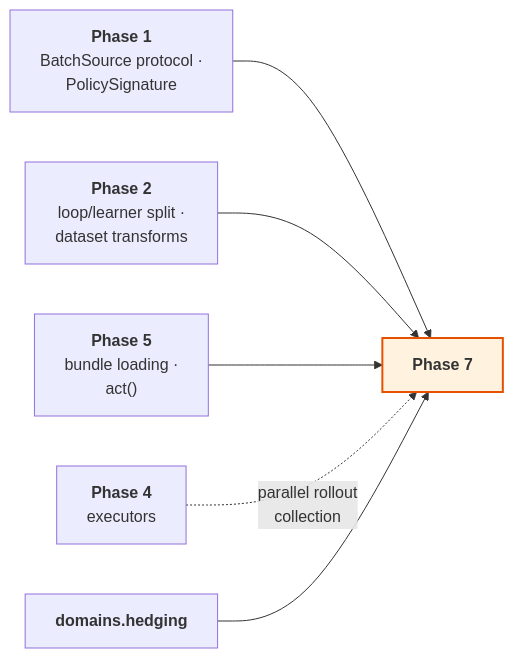
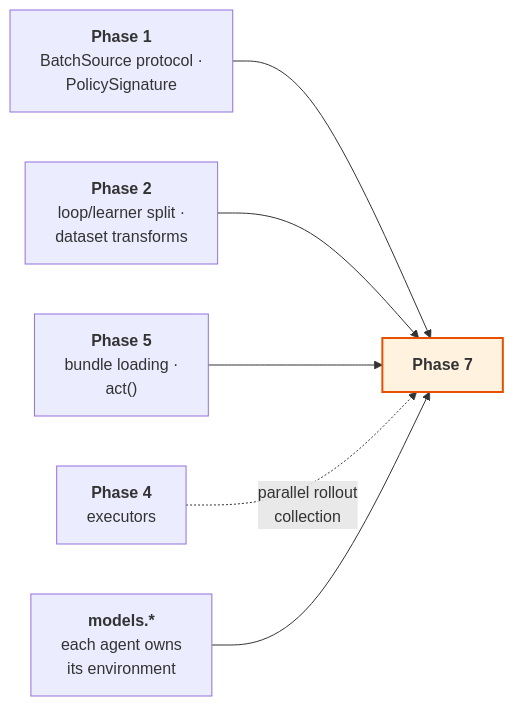
Before and after one commit to JStevens95/QuantStrata: the second of 2 diagrams in src/rade_qnet/docs/phases/PHASE_7_REINFORCEMENT_LEARNING.md, drawn with Mermaid. The commit also changed other lines of this file and 31 other files, not shown here.

````diff
--- a/src/rade_qnet/docs/phases/PHASE_7_REINFORCEMENT_LEARNING.md
+++ b/src/rade_qnet/docs/phases/PHASE_7_REINFORCEMENT_LEARNING.md
@@ -125,9 +212,9 @@
 ```mermaid
 flowchart LR
     P1["<b>Phase 1</b><br/>BatchSource protocol ·<br/>PolicySignature"] --> P7["<b>Phase 7</b>"]
     P2["<b>Phase 2</b><br/>loop/learner split ·<br/>dataset transforms"] --> P7
     P5["<b>Phase 5</b><br/>bundle loading ·<br/>act()"] --> P7
     P4["<b>Phase 4</b><br/>executors"] -.->|"parallel rollout<br/>collection"| P7
-    DOM["<b>domains.hedging</b>"] --> P7
+    MOD["<b>models.*</b><br/>each agent owns<br/>its environment"] --> P7
     style P7 fill:#fff3e0,stroke:#e65100,stroke-width:2px
 ```
````
